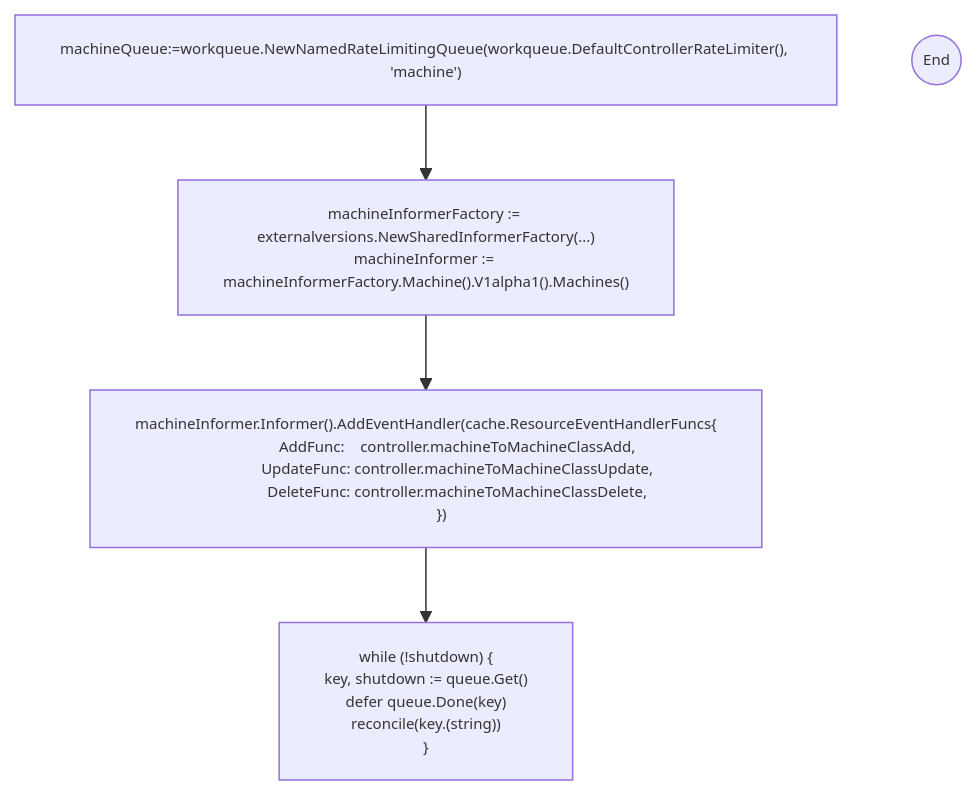
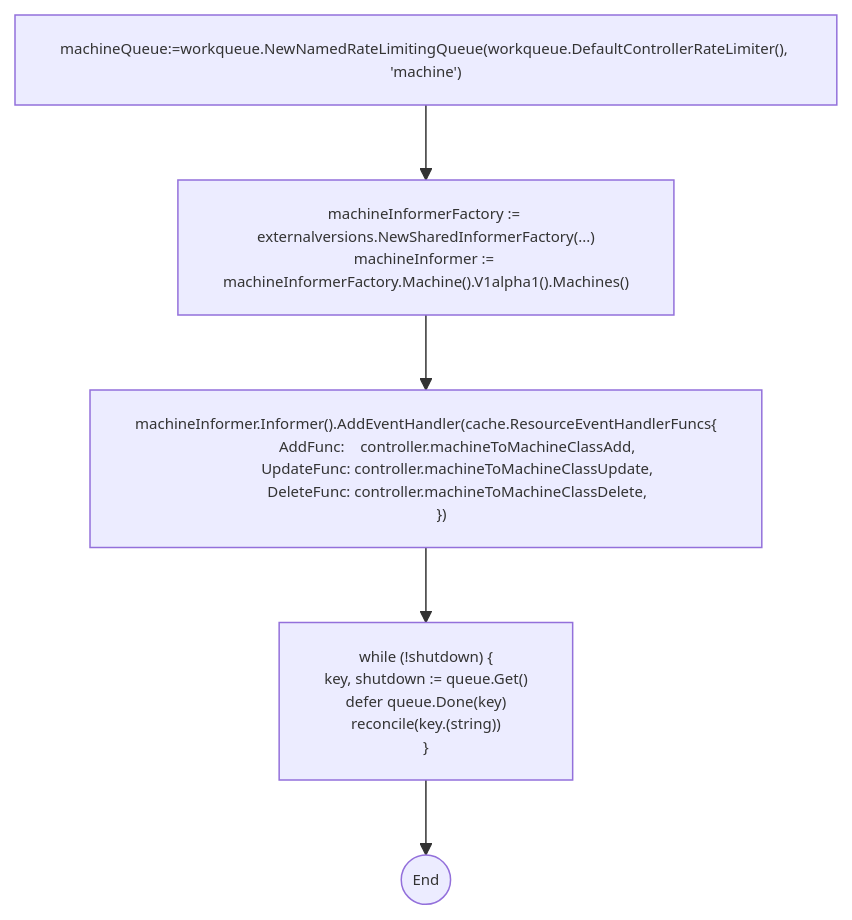
Before and after one commit to elankath/mcmdesign: the third of 3 diagrams in src/k8s_facilities.md, drawn with Mermaid. The commit also changed 19 other files, not shown here.

````diff
--- a/src/k8s_facilities.md
+++ b/src/k8s_facilities.md
@@ -764,22 +764,22 @@
 ```mermaid
 %%{init: {'themeVariables': { 'fontSize': '10px'}, "flowchart": {"useMaxWidth": false }}}%%
 flowchart TD
 
 CreateWorkQueue["machineQueue:=workqueue.NewNamedRateLimitingQueue(workqueue.DefaultControllerRateLimiter(), 'machine')"]
 -->
 CreateInformer["machineInformerFactory := externalversions.NewSharedInformerFactory(...)
 machineInformer := machineInformerFactory.Machine().V1alpha1().Machines()"]
 -->
 AddEventHandler["machineInformer.Informer().AddEventHandler(cache.ResourceEventHandlerFuncs{
 		AddFunc:    controller.machineToMachineClassAdd,
 		UpdateFunc: controller.machineToMachineClassUpdate,
 		DeleteFunc: controller.machineToMachineClassDelete,
 	})"]
 -->Run["while (!shutdown) {
   key, shutdown := queue.Get()
   defer queue.Done(key)
   reconcile(key.(string))
 }
 "]
-Z(("End"))
+-->Z(("End"))
 ```
````
